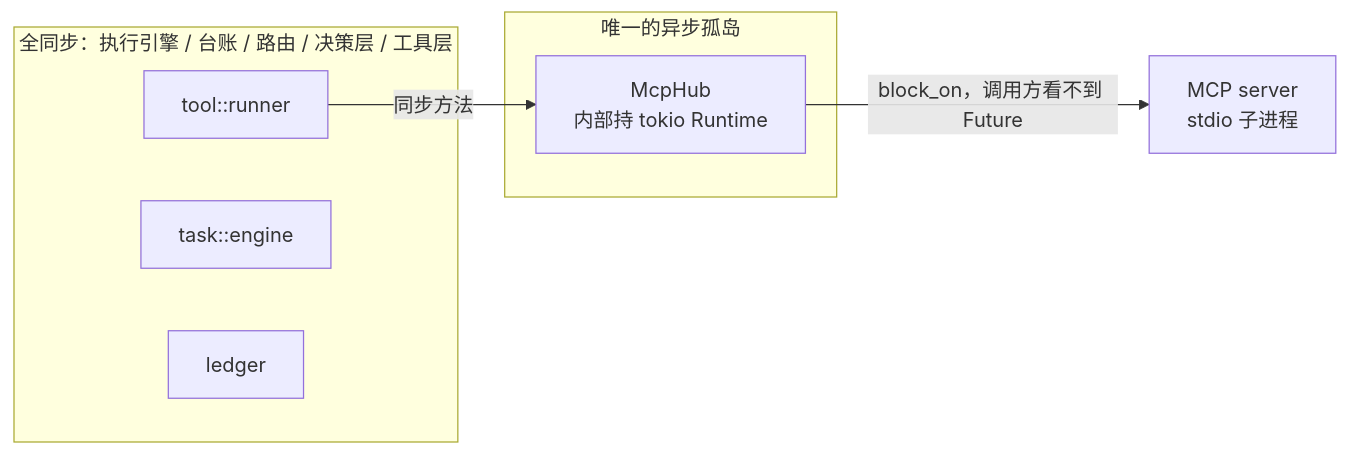
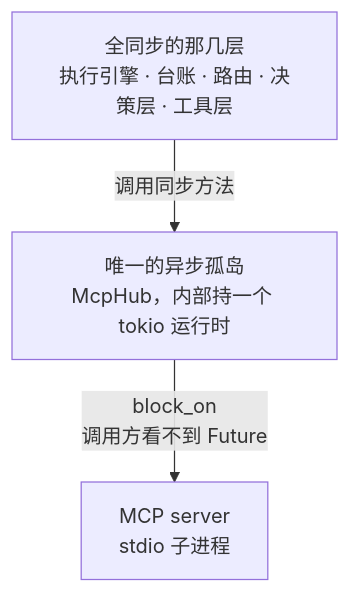
The third of 8 diagrams in docs/readme/01-架构与技术栈.md (sjxbbdb/YunXi-Bot), drawn with Mermaid before and after one commit. The commit also changed other lines of this file and 22 other files, not shown here.

````diff
--- a/docs/readme/01-架构与技术栈.md
+++ b/docs/readme/01-架构与技术栈.md
@@ -160,13 +168,5 @@
 ```mermaid
-flowchart LR
-    subgraph SYNC["全同步：执行引擎 / 台账 / 路由 / 决策层 / 工具层"]
-        T["tool::runner"]
-        E["task::engine"]
-        L["ledger"]
-    end
-    subgraph ASYNC["唯一的异步孤岛"]
-        H["McpHub<br/>内部持 tokio Runtime"]
-    end
-    T -->|"同步方法"| H
-    H -->|"block_on，调用方看不到 Future"| S["MCP server<br/>stdio 子进程"]
+flowchart TB
+    A["全同步的那几层<br/>执行引擎 · 台账 · 路由 · 决策层 · 工具层"] -->|"调用同步方法"| H["唯一的异步孤岛<br/>McpHub，内部持一个 tokio 运行时"]
+    H -->|"block_on<br/>调用方看不到 Future"| M["MCP server<br/>stdio 子进程"]
 ```
````
